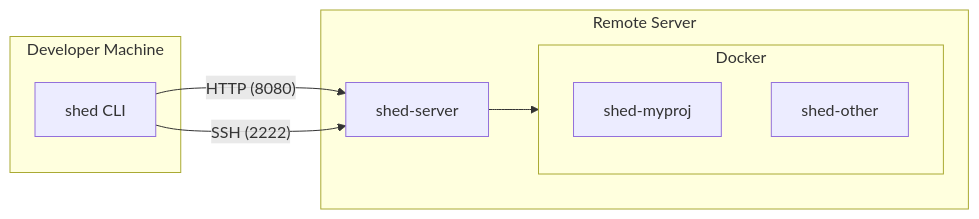
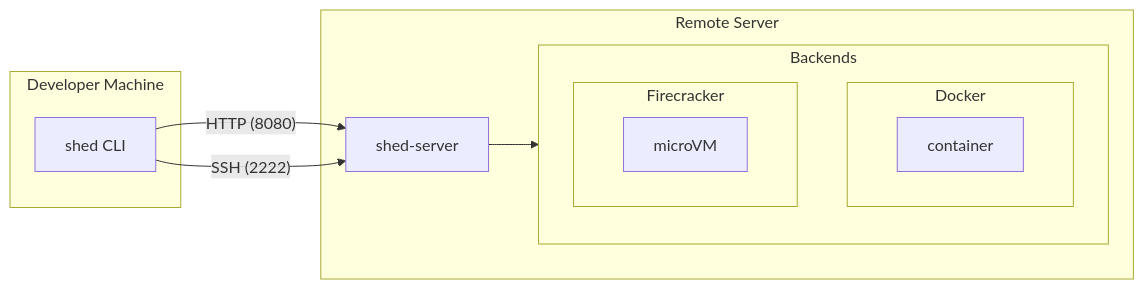
Before and after one commit to charliek/shed: the diagram in docs/index.md, drawn with Mermaid. The commit also changed other lines of this file and 8 other files, not shown here.

````diff
--- a/docs/index.md
+++ b/docs/index.md
@@ -20,18 +26,22 @@
 ```mermaid
 flowchart LR
     subgraph client["Developer Machine"]
         CLI["shed CLI"]
     end
 
     subgraph server["Remote Server"]
         SERVER["shed-server"]
-        subgraph docker["Docker"]
-            SHED1["shed-myproj"]
-            SHED2["shed-other"]
+        subgraph backends["Backends"]
+            subgraph docker["Docker"]
+                SHED1["container"]
+            end
+            subgraph fc["Firecracker"]
+                VM1["microVM"]
+            end
         end
-        SERVER --> docker
+        SERVER --> backends
     end
 
     CLI -->|"HTTP (8080)"| SERVER
     CLI -->|"SSH (2222)"| SERVER
 ```
````
